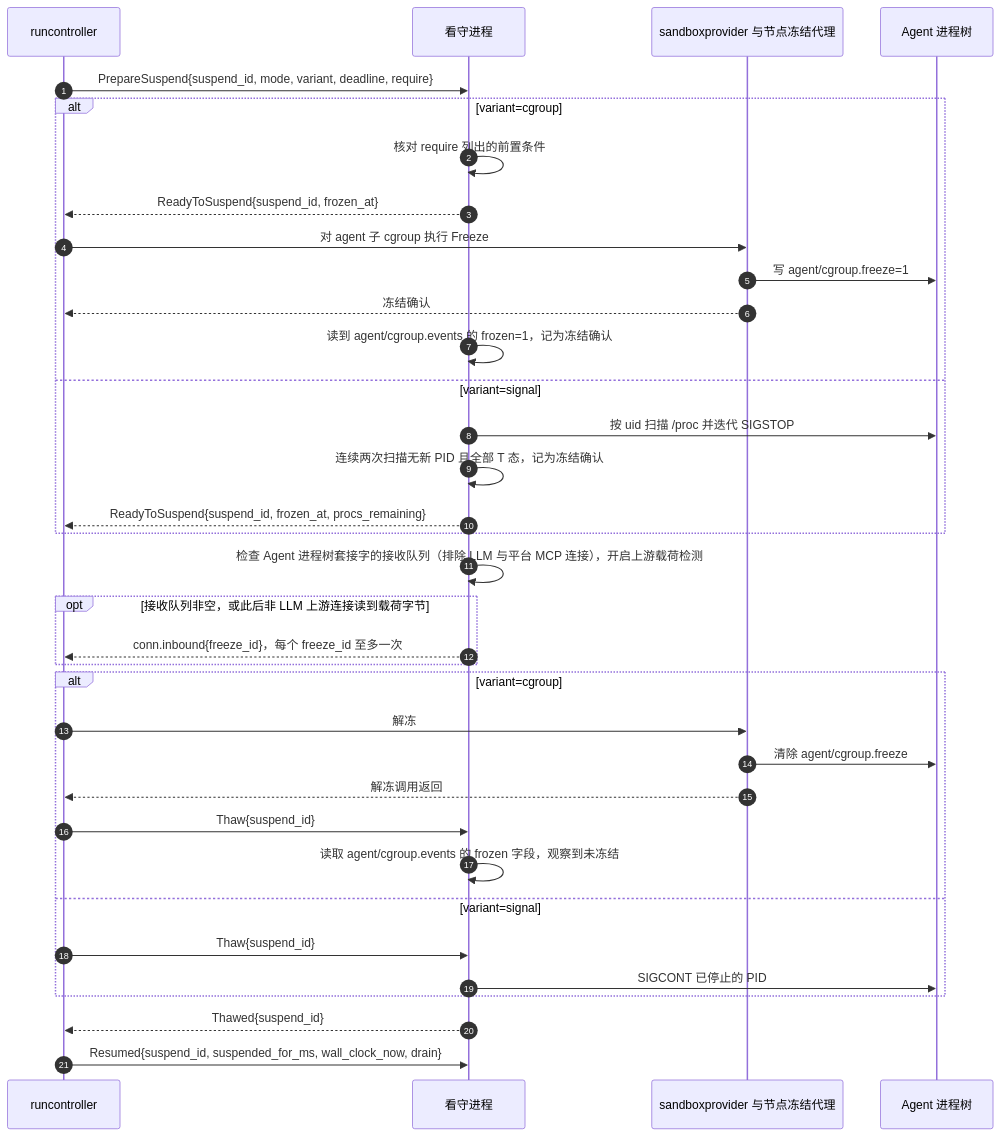
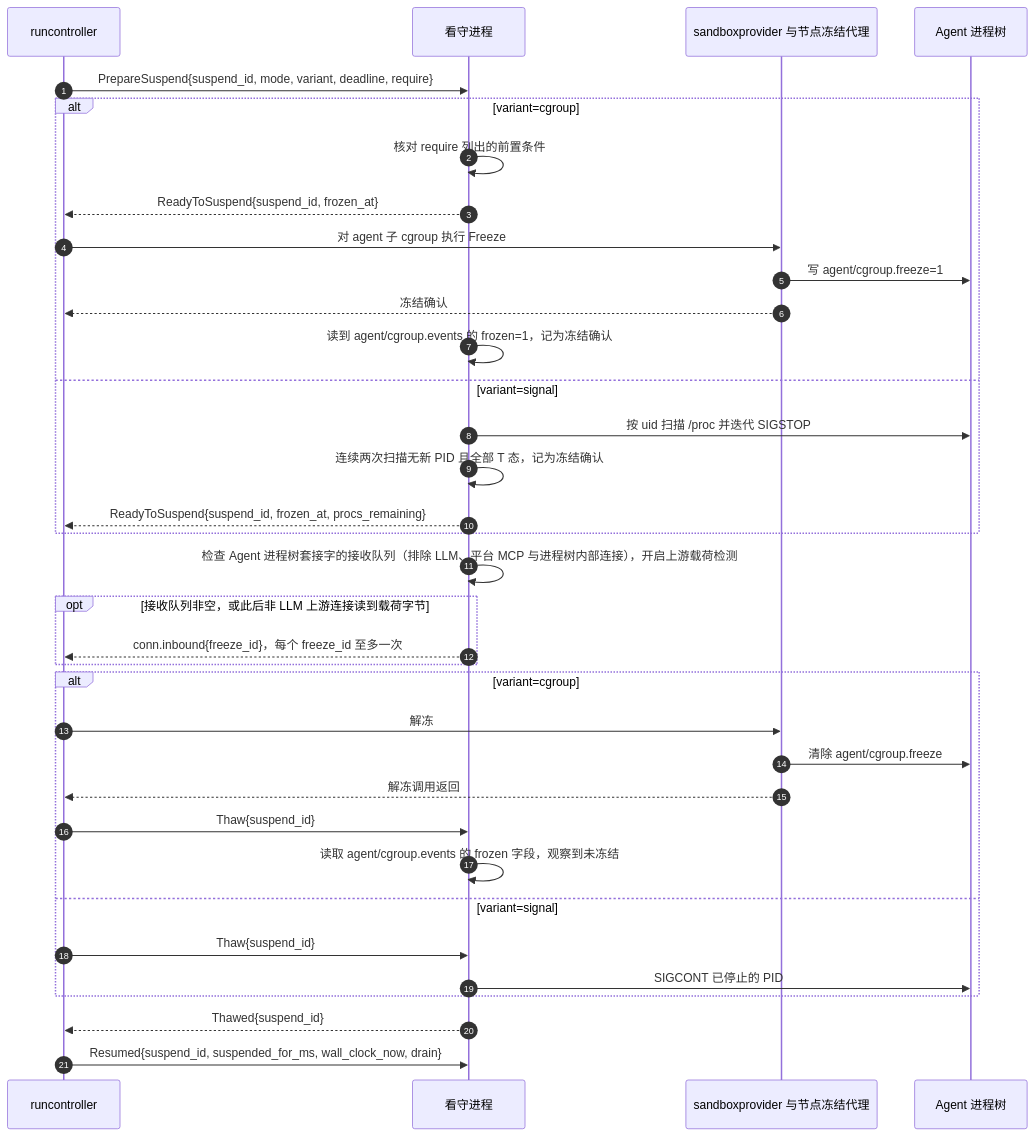
The third of 3 diagrams in docs/design/modules/warden/design-warden.md (wangzw/castworks), drawn with Mermaid before and after one commit. The commit also changed other lines of this file and 13 other files, not shown here.

````diff
--- a/docs/design/modules/warden/design-warden.md
+++ b/docs/design/modules/warden/design-warden.md
@@ -295,37 +295,37 @@
 ```mermaid
 sequenceDiagram
     autonumber
     participant R as runcontroller
     participant W as 看守进程
     participant P as sandboxprovider 与节点冻结代理
     participant A as Agent 进程树
     R->>W: PrepareSuspend{suspend_id, mode, variant, deadline, require}
     alt variant=cgroup
         W->>W: 核对 require 列出的前置条件
         W-->>R: ReadyToSuspend{suspend_id, frozen_at}
         R->>P: 对 agent 子 cgroup 执行 Freeze
         P->>A: 写 agent/cgroup.freeze=1
         P-->>R: 冻结确认
         W->>W: 读到 agent/cgroup.events 的 frozen=1，记为冻结确认
     else variant=signal
         W->>A: 按 uid 扫描 /proc 并迭代 SIGSTOP
         W->>W: 连续两次扫描无新 PID 且全部 T 态，记为冻结确认
         W-->>R: ReadyToSuspend{suspend_id, frozen_at, procs_remaining}
     end
-    W->>W: 检查 Agent 进程树套接字的接收队列（排除 LLM 与平台 MCP 连接），开启上游载荷检测
+    W->>W: 检查 Agent 进程树套接字的接收队列（排除 LLM、平台 MCP 与进程树内部连接），开启上游载荷检测
     opt 接收队列非空，或此后非 LLM 上游连接读到载荷字节
         W-->>R: conn.inbound{freeze_id}，每个 freeze_id 至多一次
     end
     alt variant=cgroup
         R->>P: 解冻
         P->>A: 清除 agent/cgroup.freeze
         P-->>R: 解冻调用返回
         R->>W: Thaw{suspend_id}
         W->>W: 读取 agent/cgroup.events 的 frozen 字段，观察到未冻结
     else variant=signal
         R->>W: Thaw{suspend_id}
         W->>A: SIGCONT 已停止的 PID
     end
     W-->>R: Thawed{suspend_id}
     R->>W: Resumed{suspend_id, suspended_for_ms, wall_clock_now, drain}
 ```
````
